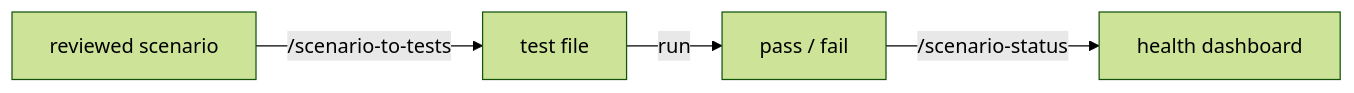
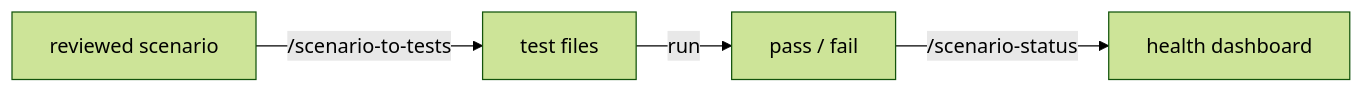
One commit to mattbobambrose/playwright-scenarios changed the first of 5 diagrams in website/playwright-scenarios/docs/workflow.md. Above: the diagram before and after it, drawn with Mermaid (forest theme). The commit also changed other lines of this file and 21 other files, not shown here.

````diff
--- a/website/playwright-scenarios/docs/workflow.md
+++ b/website/playwright-scenarios/docs/workflow.md
@@ -11,6 +11,6 @@
 ``` mermaid
 graph LR
-    A[reviewed scenario] -->|"/scenario-to-tests"| B[test file]
+    A[reviewed scenario] -->|"/scenario-to-tests"| B[test files]
     B -->|run| C[pass / fail]
     C -->|"/scenario-status"| D[health dashboard]
 ```
````
